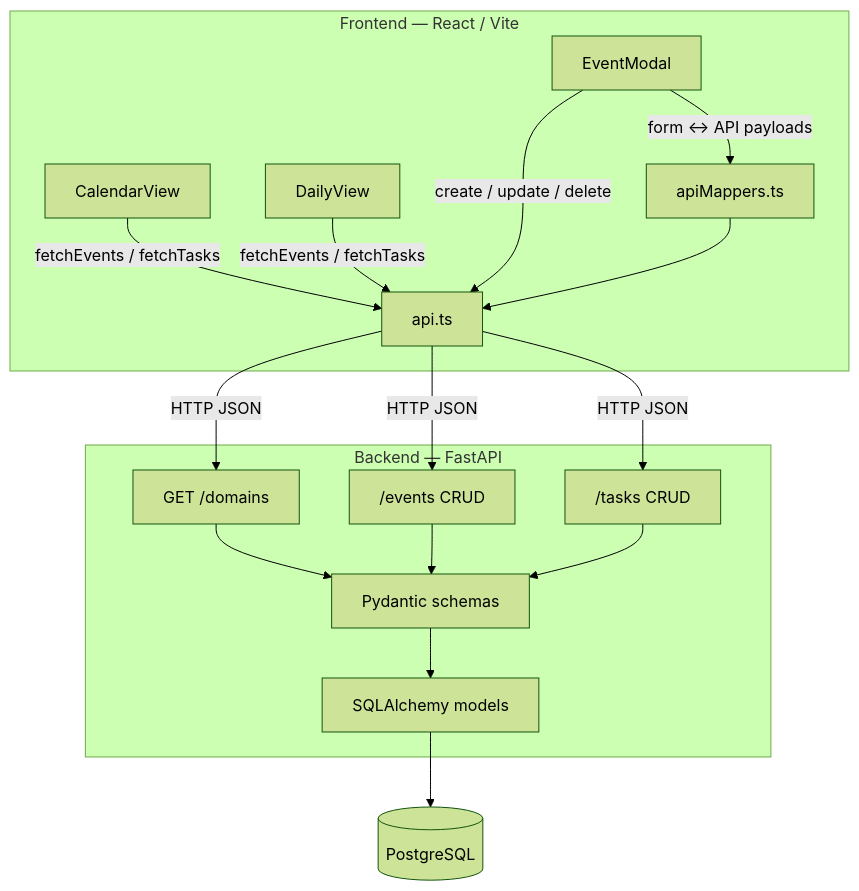
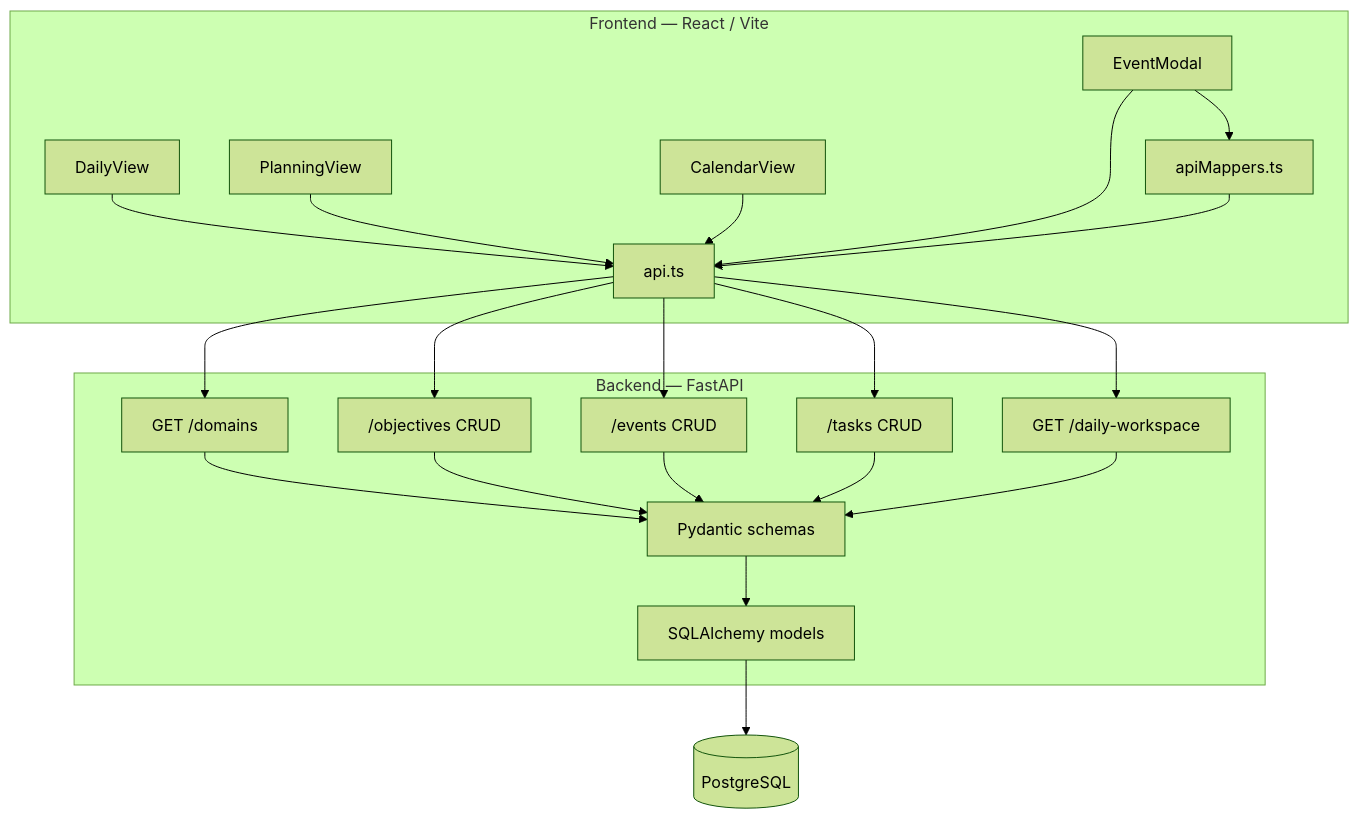
Before and after one commit to Trevor5008/Palander: the first of 3 diagrams in docs/data-flow.md, drawn with Mermaid (forest theme). The commit also changed other lines of this file and 41 other files, not shown here.

````diff
--- a/docs/data-flow.md
+++ b/docs/data-flow.md
@@ -7,36 +11,44 @@
 ```mermaid
 flowchart TB
   subgraph frontend [Frontend — React / Vite]
+    DailyView[DailyView]
+    PlanningView[PlanningView]
     CalendarView[CalendarView]
-    DailyView[DailyView]
     EventModal[EventModal]
     mappers[apiMappers.ts]
     apiTs[api.ts]
   end
 
   subgraph backend [Backend — FastAPI]
     domainsRouter["GET /domains"]
+    objectivesRouter["/objectives CRUD"]
     eventsRouter["/events CRUD"]
     tasksRouter["/tasks CRUD"]
+    dailyWorkspaceRouter["GET /daily-workspace"]
     pydantic[Pydantic schemas]
     sqlalchemy[SQLAlchemy models]
   end
 
   DB[(PostgreSQL)]
 
-  CalendarView -->|"fetchEvents / fetchTasks"| apiTs
-  DailyView -->|"fetchEvents / fetchTasks"| apiTs
-  EventModal -->|"form ↔ API payloads"| mappers
-  EventModal -->|"create / update / delete"| apiTs
+  DailyView --> apiTs
+  PlanningView --> apiTs
+  CalendarView --> apiTs
+  EventModal --> mappers
+  EventModal --> apiTs
   mappers --> apiTs
 
-  apiTs -->|"HTTP JSON"| domainsRouter
-  apiTs -->|"HTTP JSON"| eventsRouter
-  apiTs -->|"HTTP JSON"| tasksRouter
+  apiTs --> domainsRouter
+  apiTs --> objectivesRouter
+  apiTs --> eventsRouter
+  apiTs --> tasksRouter
+  apiTs --> dailyWorkspaceRouter
 
   domainsRouter --> pydantic
+  objectivesRouter --> pydantic
   eventsRouter --> pydantic
   tasksRouter --> pydantic
+  dailyWorkspaceRouter --> pydantic
   pydantic --> sqlalchemy
   sqlalchemy --> DB
 ```
````
